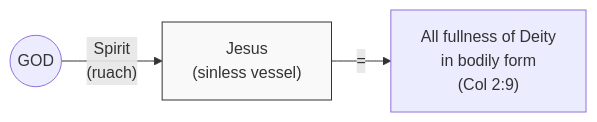
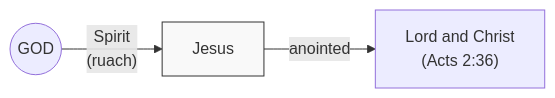
Before and after one commit to dpwhittaker/systematic-theology: the third of 4 diagrams in handouts/son-of-god.md, drawn with Mermaid. The commit also changed other lines of this file and 2 other files, not shown here.

First line of the commit message:
refactor: extract Fullness Argument into standalone section, restore historical Spirit Christology

````diff
--- a/handouts/son-of-god.md
+++ b/handouts/son-of-god.md
@@ -229,6 +229,6 @@
 ```mermaid
 graph LR
-    G(("GOD")) -->|"Spirit\n(ruach)"| J["Jesus\n(sinless vessel)"]
-    J -->|"="| P["All fullness of Deity\nin bodily form\n(Col 2:9)"]
+    G(("GOD")) -->|"Spirit\n(ruach)"| J["Jesus"]
+    J -->|"anointed"| L["Lord and Christ\n(Acts 2:36)"]
     style J fill:#f9f9f9,stroke:#333
 ```
````
